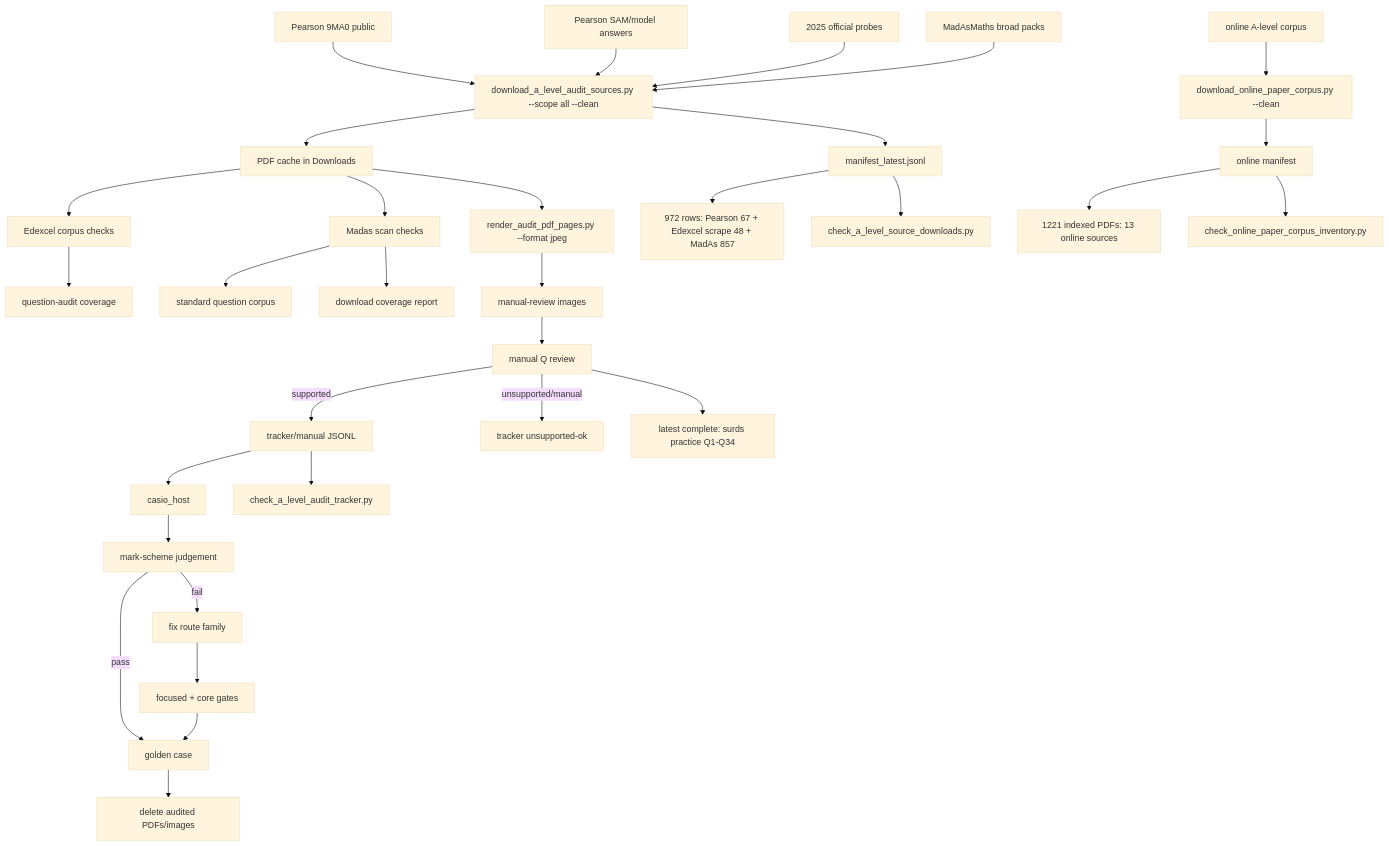
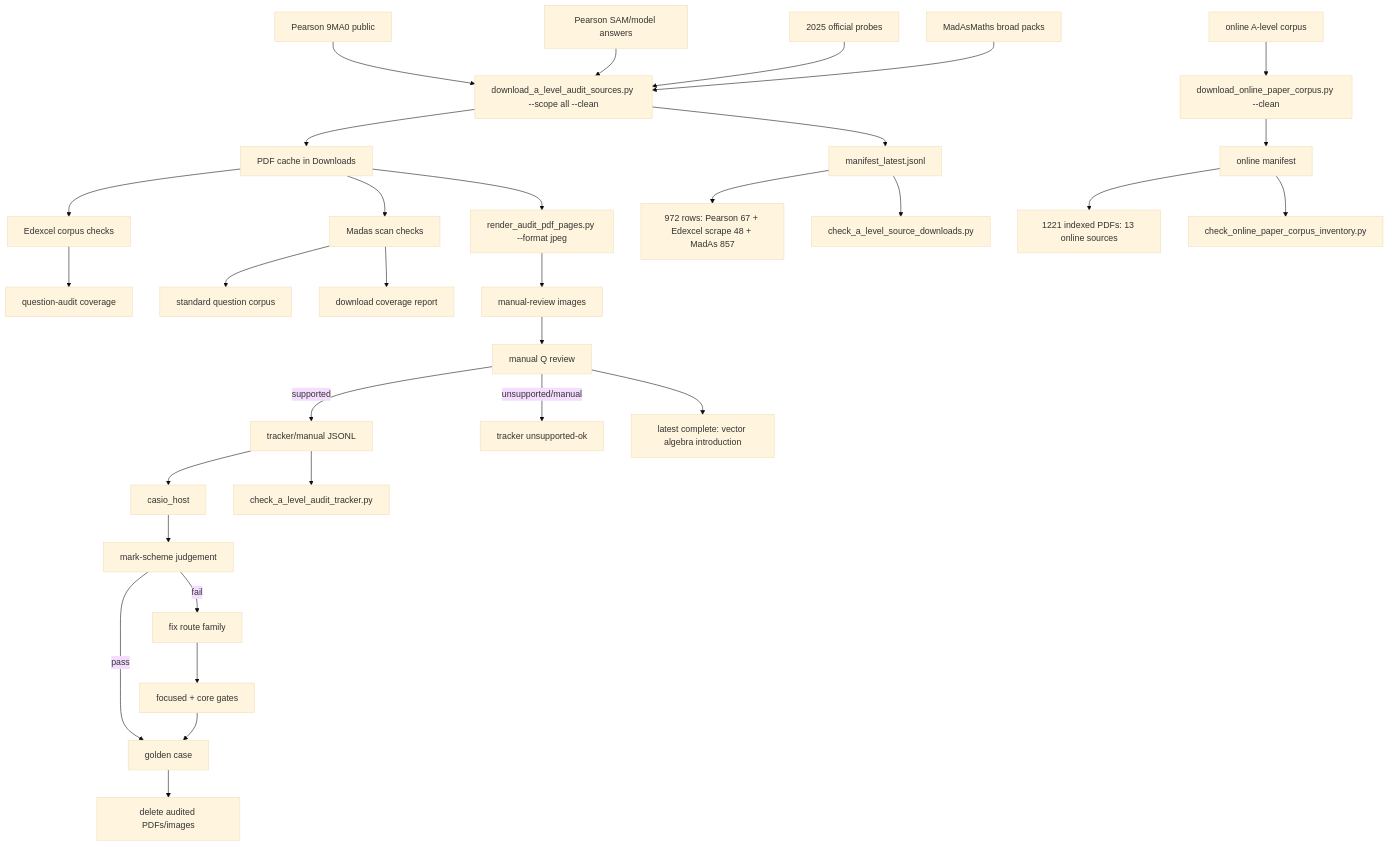
Before and after one commit to james8464/notes-addin-casio-fx-cg50: the diagram in c++/tools/golden/a_level_audit_graph.md, drawn with Mermaid (base theme). The commit also changed other lines of this file and 2 other files, not shown here.

Commit message:
Audit vector algebra introduction booklet

````diff
--- a/c++/tools/golden/a_level_audit_graph.md
+++ b/c++/tools/golden/a_level_audit_graph.md
@@ -3,34 +3,34 @@
 ```mermaid
 graph TD
   E1["Pearson 9MA0 public"] --> D["download_a_level_audit_sources.py --scope all --clean"]
   E2["Pearson SAM/model answers"] --> D
   E3["2025 official probes"] --> D
   M1["MadAsMaths broad packs"] --> D
   O1["online A-level corpus"] --> OD["download_online_paper_corpus.py --clean"]
   D --> P["PDF cache in Downloads"]
   D --> X["manifest_latest.jsonl"]
   OD --> OX["online manifest"]
   X --> XC["972 rows: Pearson 67 + Edexcel scrape 48 + MadAs 857"]
   OX --> OC["1221 indexed PDFs: 13 online sources"]
   X --> V["check_a_level_source_downloads.py"]
   OX --> OV["check_online_paper_corpus_inventory.py"]
   P --> E["Edexcel corpus checks"]
   E --> EQ["question-audit coverage"]
   P --> S["Madas scan checks"]
   S --> M["standard question corpus"]
   S --> MC["download coverage report"]
   P --> R["render_audit_pdf_pages.py --format jpeg"]
   R --> I["manual-review images"]
   I --> Q["manual Q review"]
   Q -->|supported| J["tracker/manual JSONL"]
   Q -->|unsupported/manual| U["tracker unsupported-ok"]
   J --> H["casio_host"]
   J --> K["check_a_level_audit_tracker.py"]
   H --> C["mark-scheme judgement"]
   C -->|pass| G["golden case"]
   C -->|fail| F["fix route family"]
   F --> T["focused + core gates"]
   T --> G
   G --> Z["delete audited PDFs/images"]
-  Q --> QSurd["latest complete: surds practice Q1-Q34"]
+  Q --> QVector["latest complete: vector algebra introduction"]
 ```
````
